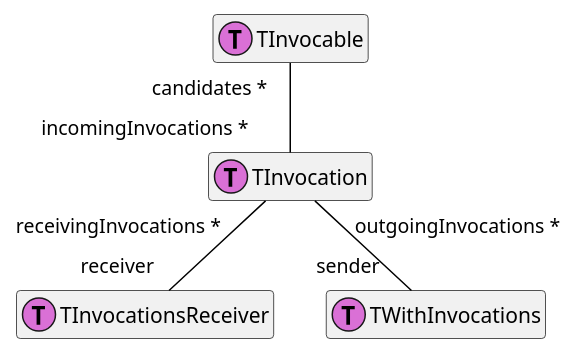
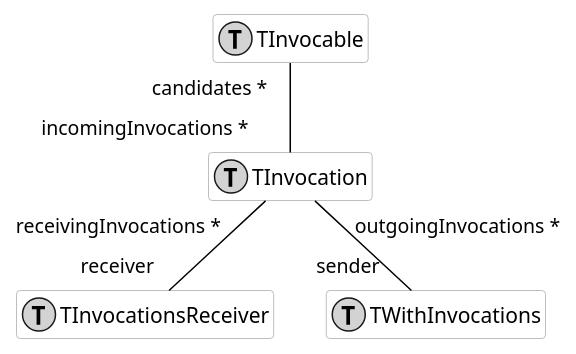
The diagram in Developers/Diagrams/invocation.puml (moosetechnology/moose-wiki), drawn with PlantUML before and after one commit. The commit also changed 13 other files, not shown here.

Commit message:
All associations UML diagrams

```diff
--- a/Developers/Diagrams/invocation.puml
+++ b/Developers/Diagrams/invocation.puml
@@ -1,22 +1,27 @@
 @startuml
-
 hide empty members
 
-class behavior1 as "TInvocation" << (T,orchid) >> {
+skinparam class {
+  BackgroundColor white
+  ArrowColor black
+  BorderColor darkGray
 }
 
-class behavior2 as "TInvocable" << (T,orchid) >> {
+class behavior1 as "TInvocable" << (T,lightGrey) >> {
 }
 
-class behavior3 as "TInvocationsReceiver" << (T,orchid) >> {
+class behavior2 as "TInvocationsReceiver" << (T,lightGrey) >> {
 }
 
-class behavior4 as "TWithInvocations" << (T,orchid) >> {
+class behavior3 as "TWithInvocations" << (T,lightGrey) >> {
+}
+
+class behavior4 as "TInvocation" << (T,lightGrey) >> {
 }
 
 
-behavior1 "outgoingInvocations * " -[#black]- "sender  " behavior4
-behavior1 "receivingInvocations * " -[#black]- "receiver  " behavior3
-behavior2 "candidates * " -[#black]- "incomingInvocations * " behavior1
+behavior1 "candidates * " -[#black]- "incomingInvocations * " behavior4
+behavior4 "outgoingInvocations * " -[#black]- "sender  " behavior3
+behavior4 "receivingInvocations * " -[#black]- "receiver  " behavior2
 
 @enduml
```
